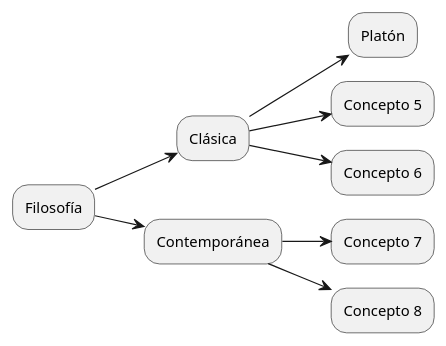
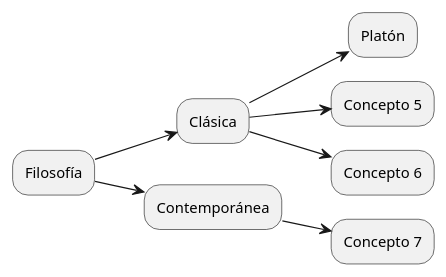
Before and after one commit to davidbp10/iw2023-2024-MovilUCA: the diagram in docs/diagrams/test.puml, drawn with PlantUML.

```diff
--- a/docs/diagrams/test.puml
+++ b/docs/diagrams/test.puml
@@ -1,12 +1,11 @@
 @startuml test
 
 left to right direction
 
 "Filosofía" --> "Clásica"
 "Filosofía" --> "Contemporánea"
 "Clásica" --> Platón
 "Clásica" --> Concepto 5
 "Clásica" --> Concepto 6
 "Contemporánea" --> Concepto 7
-"Contemporánea" --> Concepto 8
 @enduml
```
